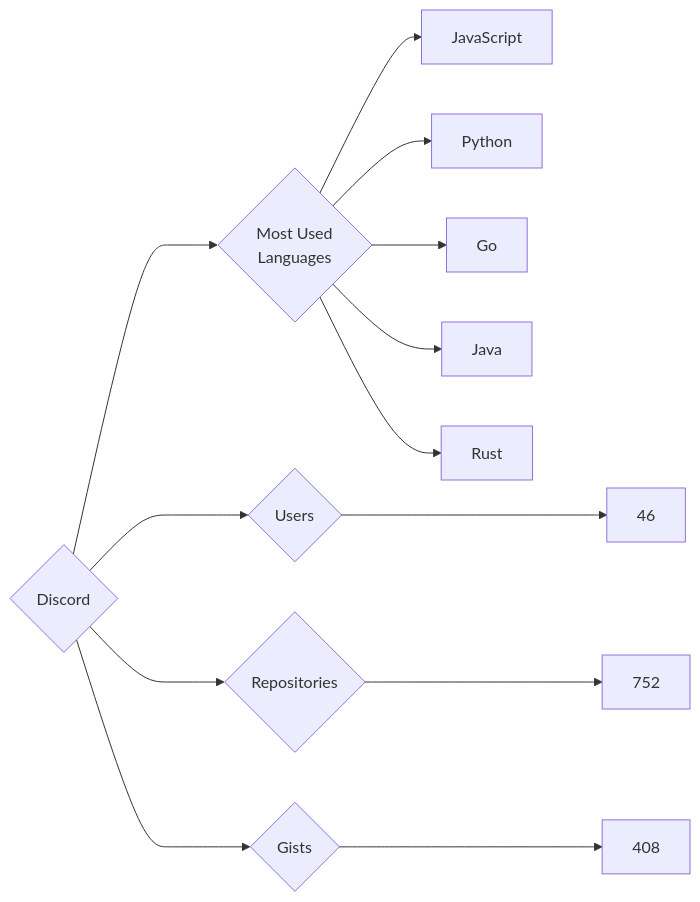
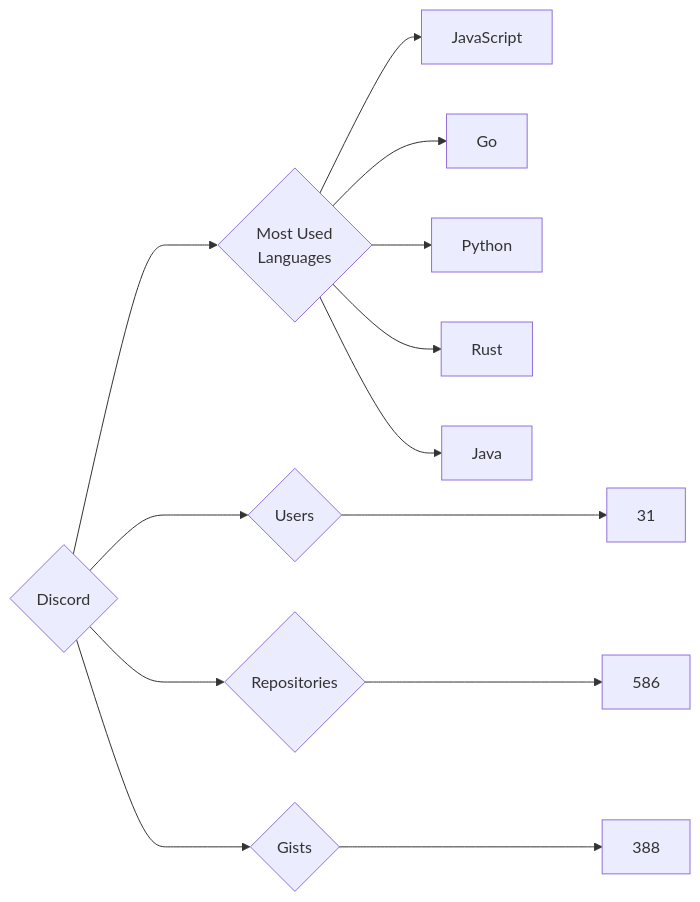
One commit to trickest/insiders changed the diagram in targets/Discord/README.md. Above: the diagram before and after it, drawn with Mermaid. The commit also changed 782 other files, not shown here.

````diff
--- a/targets/Discord/README.md
+++ b/targets/Discord/README.md
@@ -3,13 +3,13 @@
 ```mermaid
 graph LR
 COMPANY_NAME{Discord}
-COMPANY_NAME ---> U{Users} ---> UN[46]
-COMPANY_NAME ---> R{Repositories} ---> RN[752]
-COMPANY_NAME ---> G{Gists} ---> GN[408]
+COMPANY_NAME ---> U{Users} ---> UN[31]
+COMPANY_NAME ---> R{Repositories} ---> RN[586]
+COMPANY_NAME ---> G{Gists} ---> GN[388]
 COMPANY_NAME ---> ML{Most Used<br>Languages}
 ML --> JavaScript[JavaScript]
+ML --> Go[Go]
 ML --> Python[Python]
-ML --> Go[Go]
+ML --> Rust[Rust]
 ML --> Java[Java]
-ML --> Rust[Rust]
 ```
````
